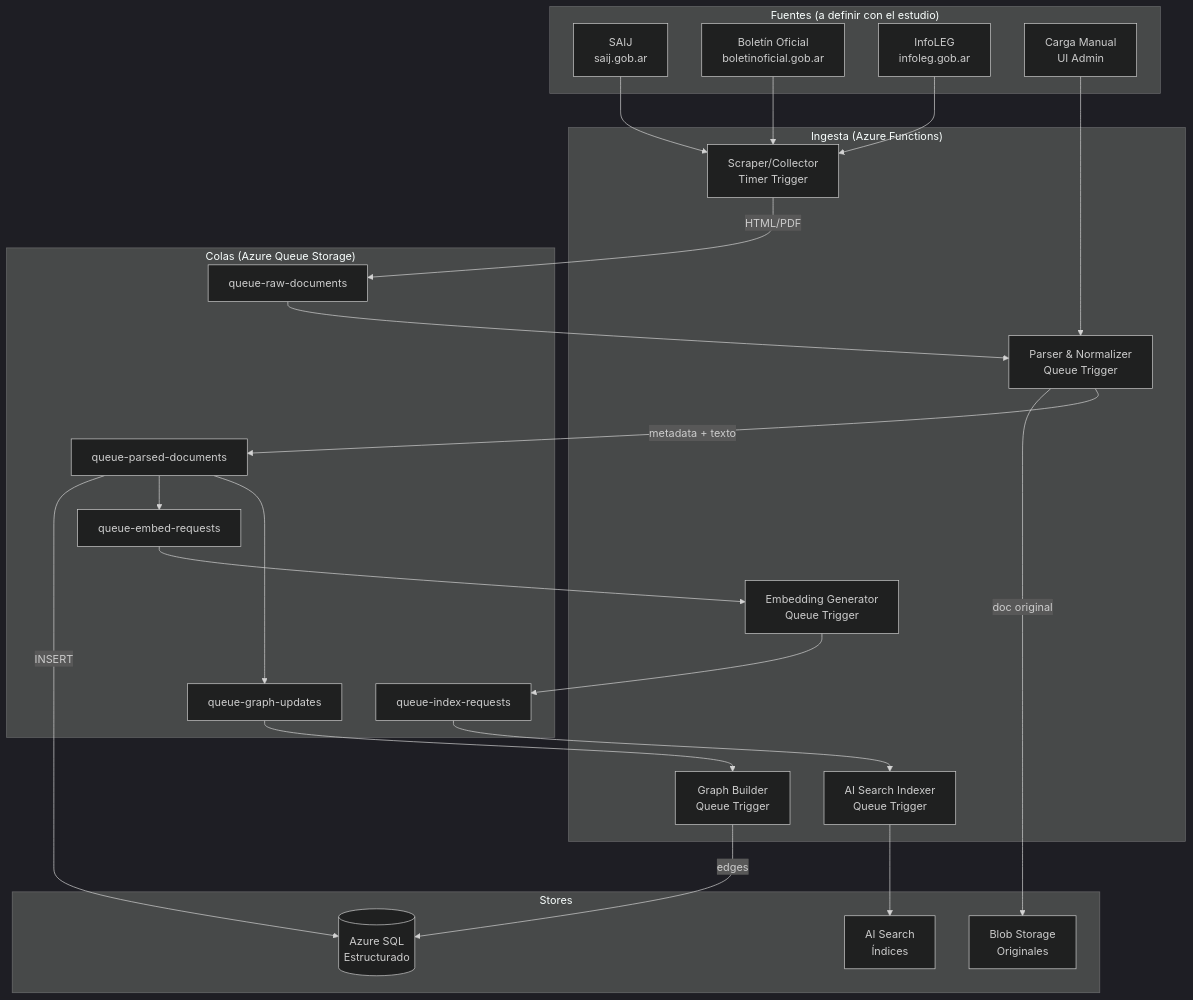
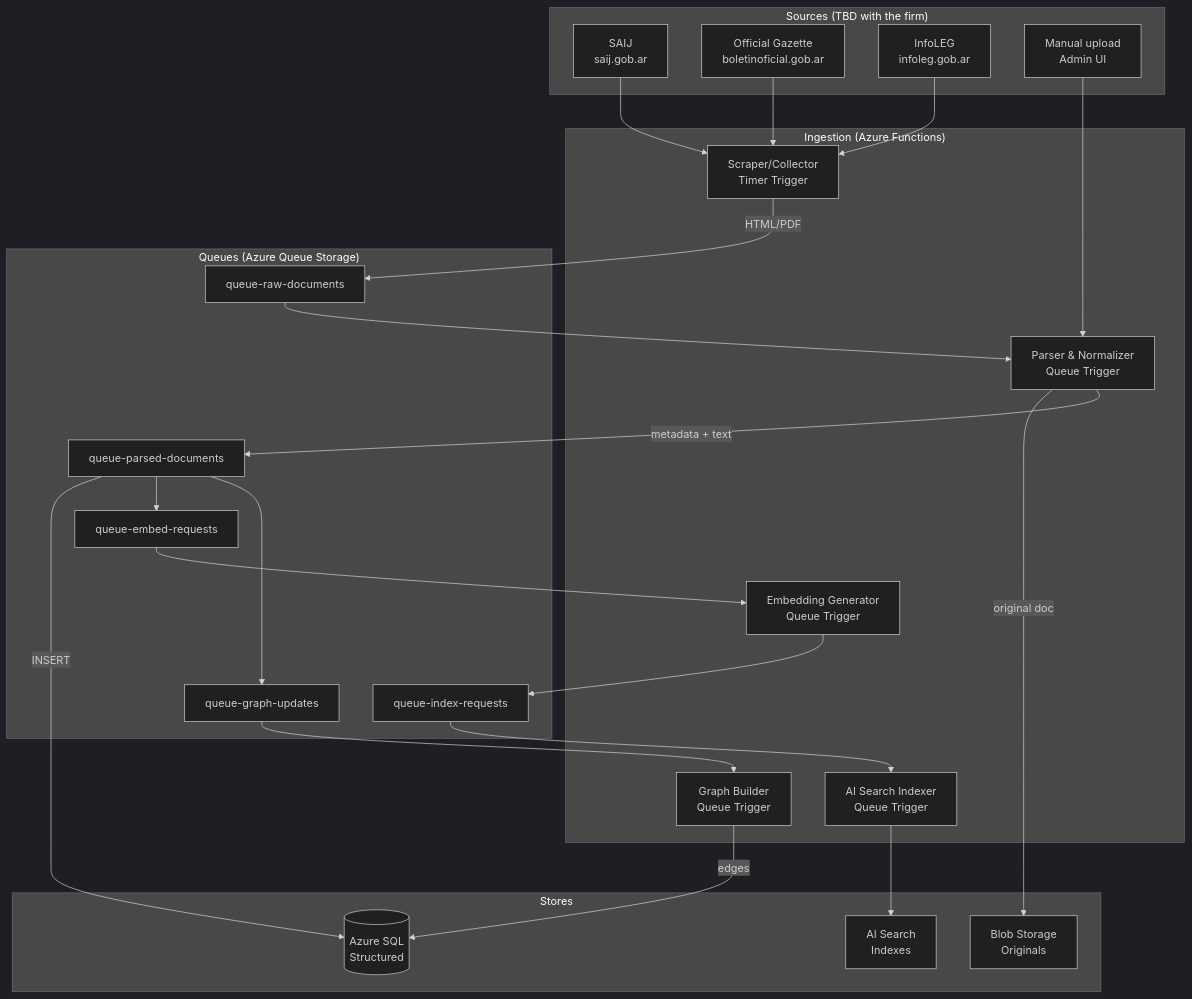
One commit to pablonux/legal-ai-ar changed the ninth of 13 diagrams in docs/roadmap/F00 - Development Environment and Structure/F00 - W01 - Comprehensive Documentation.md. Above: the diagram before and after it, drawn with Mermaid (dark theme). The commit also changed other lines of this file and 8 other files, not shown here.

````diff
--- a/docs/roadmap/F00 - Development Environment and Structure/F00 - W01 - Comprehensive Documentation.md
+++ b/docs/roadmap/F00 - Development Environment and Structure/F00 - W01 - Comprehensive Documentation.md
@@ -874,47 +876,47 @@
 ```mermaid
 flowchart TB
-    subgraph "Fuentes (a definir con el estudio)"
+    subgraph "Sources (TBD with the firm)"
         SAIJ[SAIJ<br/>saij.gob.ar]
-        BO[Boletín Oficial<br/>boletinoficial.gob.ar]
+        BO[Official Gazette<br/>boletinoficial.gob.ar]
         INFOLEG[InfoLEG<br/>infoleg.gob.ar]
-        MANUAL[Carga Manual<br/>UI Admin]
+        MANUAL[Manual upload<br/>Admin UI]
     end
 
-    subgraph "Ingesta (Azure Functions)"
+    subgraph "Ingestion (Azure Functions)"
         SCRAPER[Scraper/Collector<br/>Timer Trigger]
         PARSER[Parser & Normalizer<br/>Queue Trigger]
         EMBEDDER[Embedding Generator<br/>Queue Trigger]
         INDEXER[AI Search Indexer<br/>Queue Trigger]
         GRAPH_B[Graph Builder<br/>Queue Trigger]
     end
 
-    subgraph "Colas (Azure Queue Storage)"
+    subgraph "Queues (Azure Queue Storage)"
         Q1[queue-raw-documents]
         Q2[queue-parsed-documents]
         Q3[queue-embed-requests]
         Q4[queue-index-requests]
         Q5[queue-graph-updates]
     end
 
     subgraph "Stores"
-        BLOB_S[Blob Storage<br/>Originales]
-        SQL_S[(Azure SQL<br/>Estructurado)]
-        AIS_S[AI Search<br/>Índices]
+        BLOB_S[Blob Storage<br/>Originals]
+        SQL_S[(Azure SQL<br/>Structured)]
+        AIS_S[AI Search<br/>Indexes]
     end
 
     SAIJ & BO & INFOLEG --> SCRAPER
     MANUAL --> PARSER
     SCRAPER -->|HTML/PDF| Q1
     Q1 --> PARSER
-    PARSER -->|doc original| BLOB_S
-    PARSER -->|metadata + texto| Q2
+    PARSER -->|original doc| BLOB_S
+    PARSER -->|metadata + text| Q2
     Q2 -->|INSERT| SQL_S
     Q2 --> Q3
     Q3 --> EMBEDDER
     EMBEDDER --> Q4
     Q4 --> INDEXER
     INDEXER --> AIS_S
     Q2 --> Q5
     Q5 --> GRAPH_B
     GRAPH_B -->|edges| SQL_S
 ```
````
